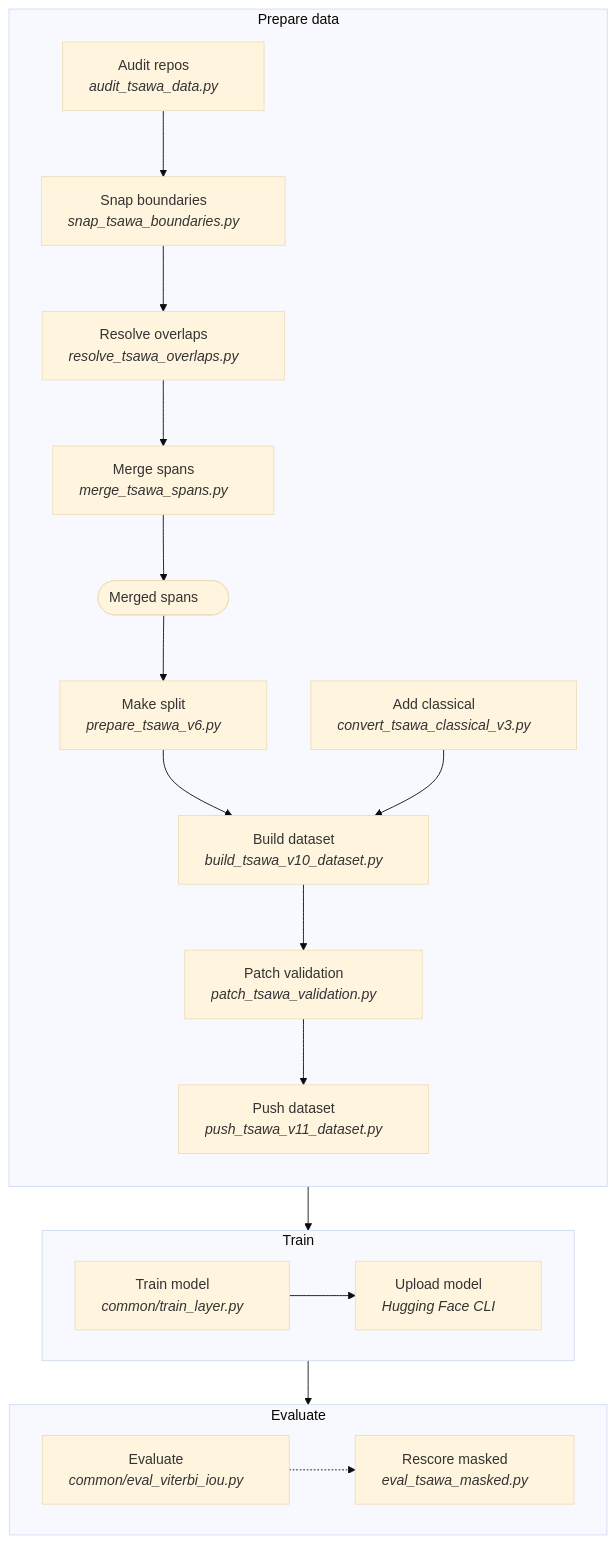
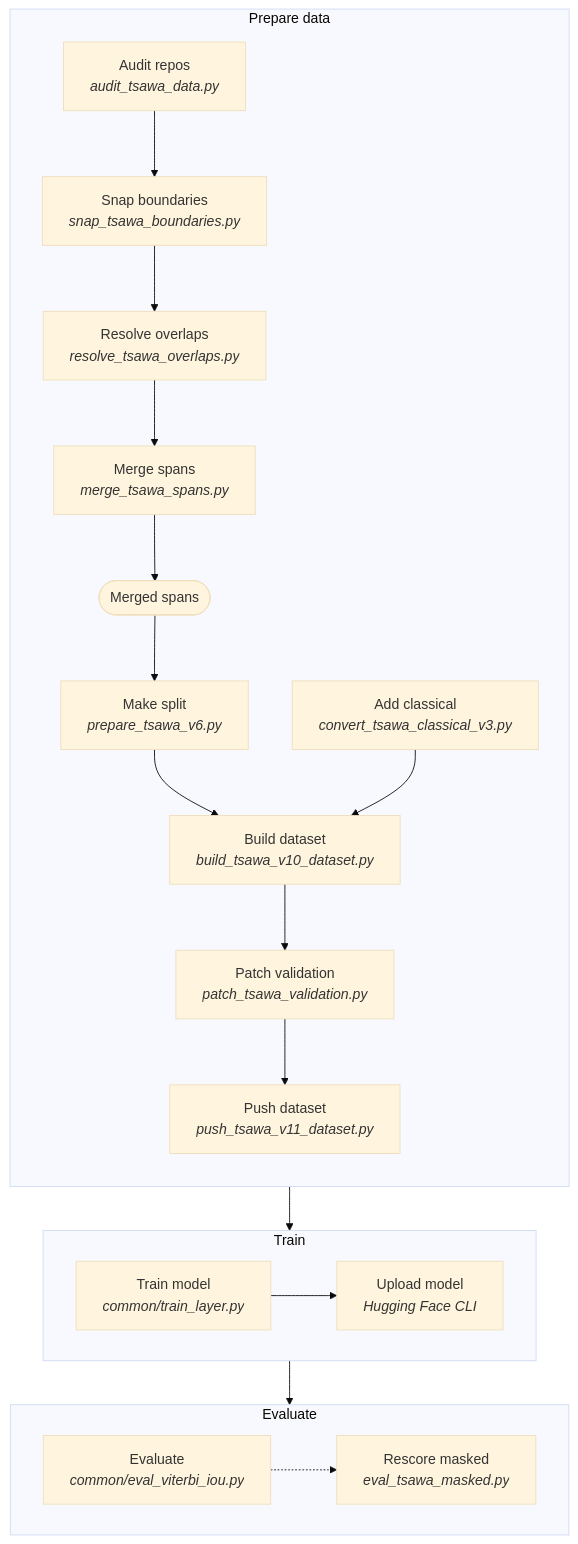
The diagram in tsawa/README.md (tenzinyonten/tibetan-layer-detection), drawn with Mermaid (base theme) before and after one commit. The commit also changed 8 other files, not shown here.

Commit message:
Flowcharts: draw labels as SVG text instead of HTML, drop padding

````diff
--- a/tsawa/README.md
+++ b/tsawa/README.md
@@ -31,25 +31,26 @@
 ```mermaid
+%%{init: {"flowchart": {"htmlLabels": false}}}%%
 flowchart TD
-  subgraph PREP["Prepare data&nbsp;&nbsp;&nbsp;&nbsp;&nbsp;"]
+  subgraph PREP["Prepare data"]
     direction TB
-    S1["Audit repos&nbsp;&nbsp;&nbsp;&nbsp;&nbsp;<br/><i>audit_tsawa_data.py&nbsp;&nbsp;&nbsp;&nbsp;&nbsp;</i>"] --> S2["Snap boundaries&nbsp;&nbsp;&nbsp;&nbsp;&nbsp;<br/><i>snap_tsawa_boundaries.py&nbsp;&nbsp;&nbsp;&nbsp;&nbsp;</i>"]
-    S2 --> S3["Resolve overlaps&nbsp;&nbsp;&nbsp;&nbsp;&nbsp;<br/><i>resolve_tsawa_overlaps.py&nbsp;&nbsp;&nbsp;&nbsp;&nbsp;</i>"]
-    S3 --> S4["Merge spans&nbsp;&nbsp;&nbsp;&nbsp;&nbsp;<br/><i>merge_tsawa_spans.py&nbsp;&nbsp;&nbsp;&nbsp;&nbsp;</i>"]
-    S4 --> F1(["Merged spans&nbsp;&nbsp;&nbsp;&nbsp;&nbsp;"])
-    F1 --> S5["Make split&nbsp;&nbsp;&nbsp;&nbsp;&nbsp;<br/><i>prepare_tsawa_v6.py&nbsp;&nbsp;&nbsp;&nbsp;&nbsp;</i>"]
-    S5 --> S6["Build dataset&nbsp;&nbsp;&nbsp;&nbsp;&nbsp;<br/><i>build_tsawa_v10_dataset.py&nbsp;&nbsp;&nbsp;&nbsp;&nbsp;</i>"]
-    S7["Add classical&nbsp;&nbsp;&nbsp;&nbsp;&nbsp;<br/><i>convert_tsawa_classical_v3.py&nbsp;&nbsp;&nbsp;&nbsp;&nbsp;</i>"] --> S6
-    S6 --> S8["Patch validation&nbsp;&nbsp;&nbsp;&nbsp;&nbsp;<br/><i>patch_tsawa_validation.py&nbsp;&nbsp;&nbsp;&nbsp;&nbsp;</i>"]
-    S8 --> S9["Push dataset&nbsp;&nbsp;&nbsp;&nbsp;&nbsp;<br/><i>push_tsawa_v11_dataset.py&nbsp;&nbsp;&nbsp;&nbsp;&nbsp;</i>"]
+    S1["Audit repos<br/><i>audit_tsawa_data.py</i>"] --> S2["Snap boundaries<br/><i>snap_tsawa_boundaries.py</i>"]
+    S2 --> S3["Resolve overlaps<br/><i>resolve_tsawa_overlaps.py</i>"]
+    S3 --> S4["Merge spans<br/><i>merge_tsawa_spans.py</i>"]
+    S4 --> F1(["Merged spans"])
+    F1 --> S5["Make split<br/><i>prepare_tsawa_v6.py</i>"]
+    S5 --> S6["Build dataset<br/><i>build_tsawa_v10_dataset.py</i>"]
+    S7["Add classical<br/><i>convert_tsawa_classical_v3.py</i>"] --> S6
+    S6 --> S8["Patch validation<br/><i>patch_tsawa_validation.py</i>"]
+    S8 --> S9["Push dataset<br/><i>push_tsawa_v11_dataset.py</i>"]
   end
-  subgraph TRAIN["Train&nbsp;&nbsp;&nbsp;&nbsp;&nbsp;"]
+  subgraph TRAIN["Train"]
     direction LR
-    T1["Train model&nbsp;&nbsp;&nbsp;&nbsp;&nbsp;<br/><i>common/train_layer.py&nbsp;&nbsp;&nbsp;&nbsp;&nbsp;</i>"] --> T2["Upload model&nbsp;&nbsp;&nbsp;&nbsp;&nbsp;<br/><i>Hugging Face CLI&nbsp;&nbsp;&nbsp;&nbsp;&nbsp;</i>"]
+    T1["Train model<br/><i>common/train_layer.py</i>"] --> T2["Upload model<br/><i>Hugging Face CLI</i>"]
   end
-  subgraph EVAL["Evaluate&nbsp;&nbsp;&nbsp;&nbsp;&nbsp;"]
+  subgraph EVAL["Evaluate"]
     direction LR
-    E1["Evaluate&nbsp;&nbsp;&nbsp;&nbsp;&nbsp;<br/><i>common/eval_viterbi_iou.py&nbsp;&nbsp;&nbsp;&nbsp;&nbsp;</i>"] -.-> E2["Rescore masked&nbsp;&nbsp;&nbsp;&nbsp;&nbsp;<br/><i>eval_tsawa_masked.py&nbsp;&nbsp;&nbsp;&nbsp;&nbsp;</i>"]
+    E1["Evaluate<br/><i>common/eval_viterbi_iou.py</i>"] -.-> E2["Rescore masked<br/><i>eval_tsawa_masked.py</i>"]
   end
   PREP --> TRAIN
   TRAIN --> EVAL
 ```
````
